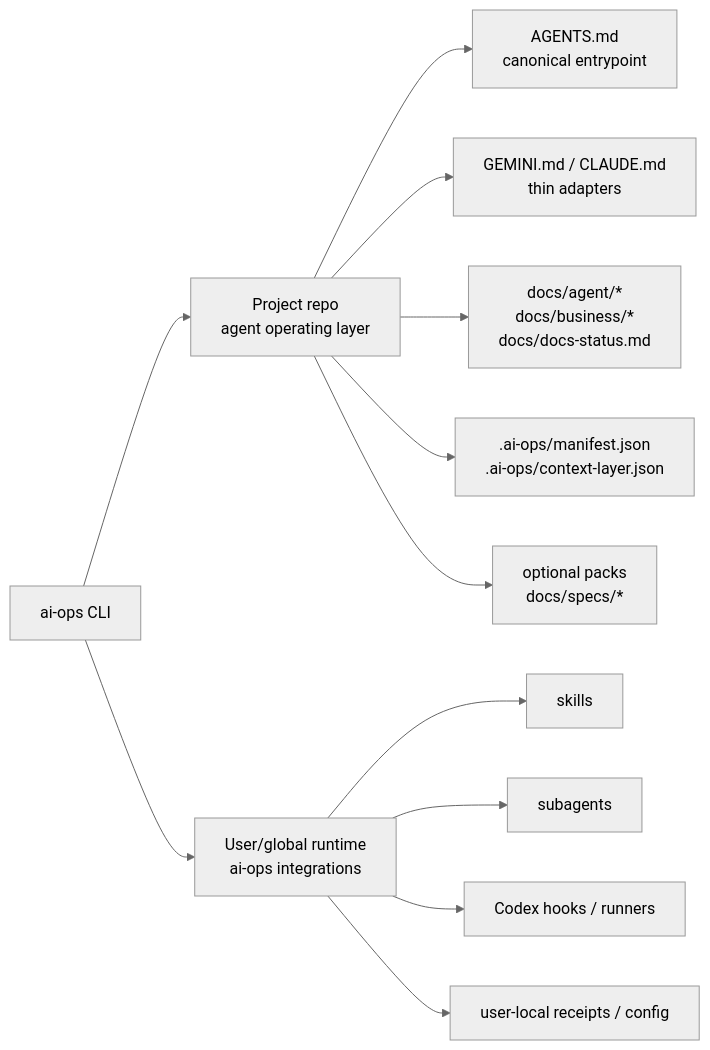
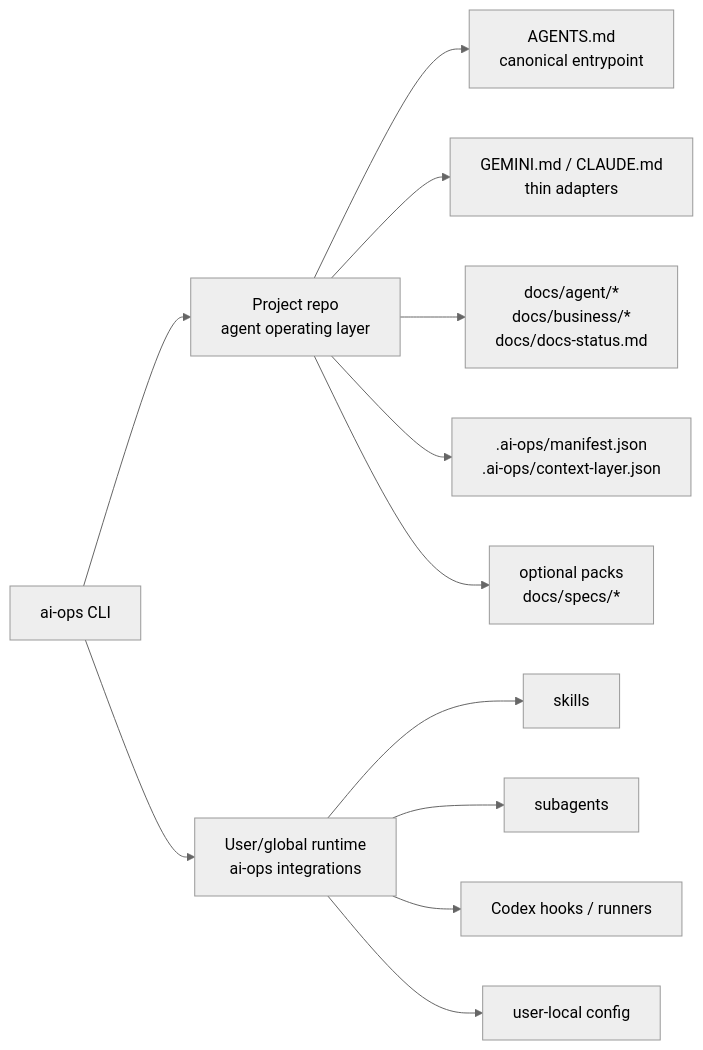
The diagram in README.ko.md (MincheolC/ai-ops-cli), drawn with Mermaid (neutral theme) before and after one commit. The commit also changed other lines of this file and 51 other files, not shown here.

````diff
--- a/README.ko.md
+++ b/README.ko.md
@@ -11,16 +11,16 @@
 ```mermaid
 flowchart LR
   cli["ai-ops CLI"] --> project["Project repo<br/>agent operating layer"]
   cli --> integrations["User/global runtime<br/>ai-ops integrations"]
 
   project --> entry["AGENTS.md<br/>canonical entrypoint"]
   project --> adapters["GEMINI.md / CLAUDE.md<br/>thin adapters"]
   project --> docs["docs/agent/*<br/>docs/business/*<br/>docs/docs-status.md"]
   project --> state[".ai-ops/manifest.json<br/>.ai-ops/context-layer.json"]
   project --> packs["optional packs<br/>docs/specs/*"]
 
   integrations --> skills["skills"]
   integrations --> subagents["subagents"]
   integrations --> hooks["Codex hooks / runners"]
-  integrations --> receipts["user-local receipts / config"]
+  integrations --> config["user-local config"]
 ```
````
